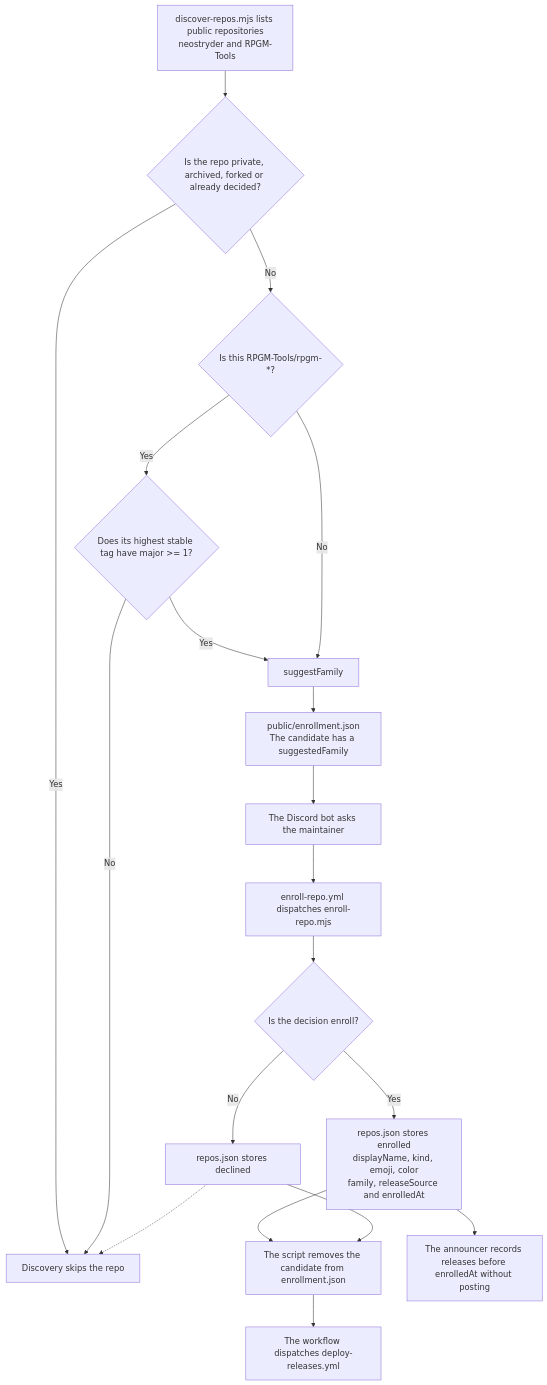
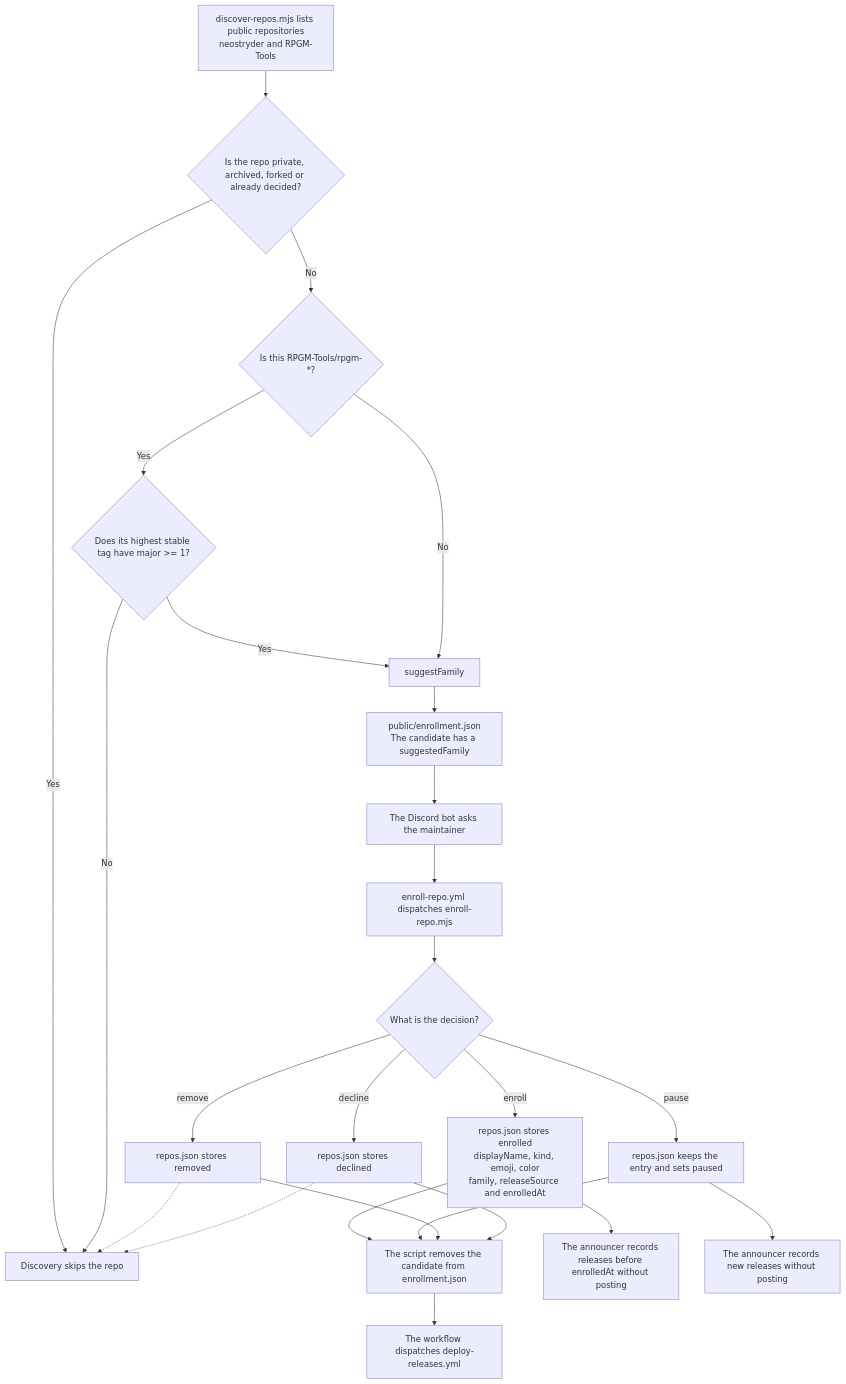
One commit to RPGM-Tools/rpgm-tools-press changed the third of 5 diagrams in README.md. Above: the diagram before and after it, drawn with Mermaid. The commit also changed other lines of this file and 10 other files, not shown here.

First line of the commit message:
Add pause and remove decisions and sync emoji and color from Stuff

````diff
--- a/README.md
+++ b/README.md
@@ -144,21 +144,27 @@
 ```mermaid
 flowchart TD
   D["discover-repos.mjs lists public repositories<br/>neostryder and RPGM-Tools"] --> E{"Is the repo private, archived, forked or already decided?"}
   E -->|"Yes"| SKIP["Discovery skips the repo"]
   E -->|"No"| G{"Is this RPGM-Tools/rpgm-*?"}
   G -->|"Yes"| V{"Does its highest stable tag have major >= 1?"}
   V -->|"No"| SKIP
   V -->|"Yes"| F["suggestFamily"]
   G -->|"No"| F
   F --> C["public/enrollment.json<br/>The candidate has a suggestedFamily"]
   C --> BOT["The Discord bot asks the maintainer"]
   BOT --> W["enroll-repo.yml dispatches enroll-repo.mjs"]
-  W --> DEC{"Is the decision enroll?"}
-  DEC -->|"Yes"| EN["repos.json stores enrolled<br/>displayName, kind, emoji, color<br/>family, releaseSource and enrolledAt"]
-  DEC -->|"No"| NO["repos.json stores declined"]
+  W --> DEC{"What is the decision?"}
+  DEC -->|"enroll"| EN["repos.json stores enrolled<br/>displayName, kind, emoji, color<br/>family, releaseSource and enrolledAt"]
+  DEC -->|"pause"| PA["repos.json keeps the entry and sets paused"]
+  DEC -->|"remove"| RM["repos.json stores removed"]
+  DEC -->|"decline"| NO["repos.json stores declined"]
   EN --> CLEAN["The script removes the candidate from enrollment.json"]
+  PA --> CLEAN
+  RM --> CLEAN
   NO --> CLEAN
   CLEAN --> BUILD["The workflow dispatches deploy-releases.yml"]
   EN --> OLD["The announcer records releases before enrolledAt without posting"]
+  PA --> HOLD["The announcer records new releases without posting"]
+  RM -.-> SKIP
   NO -.-> SKIP
 ```
````
